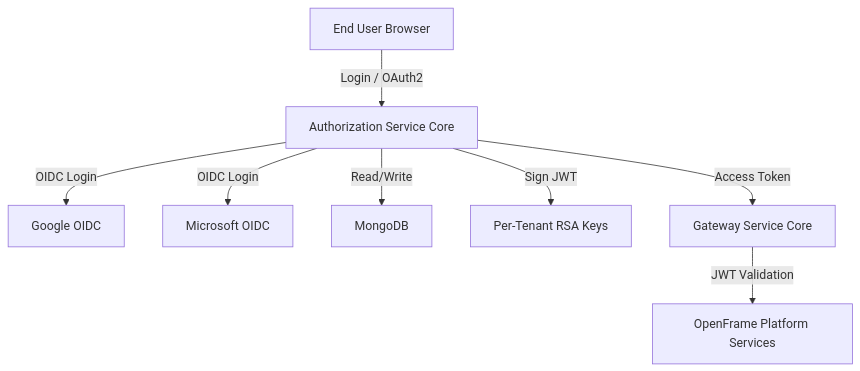
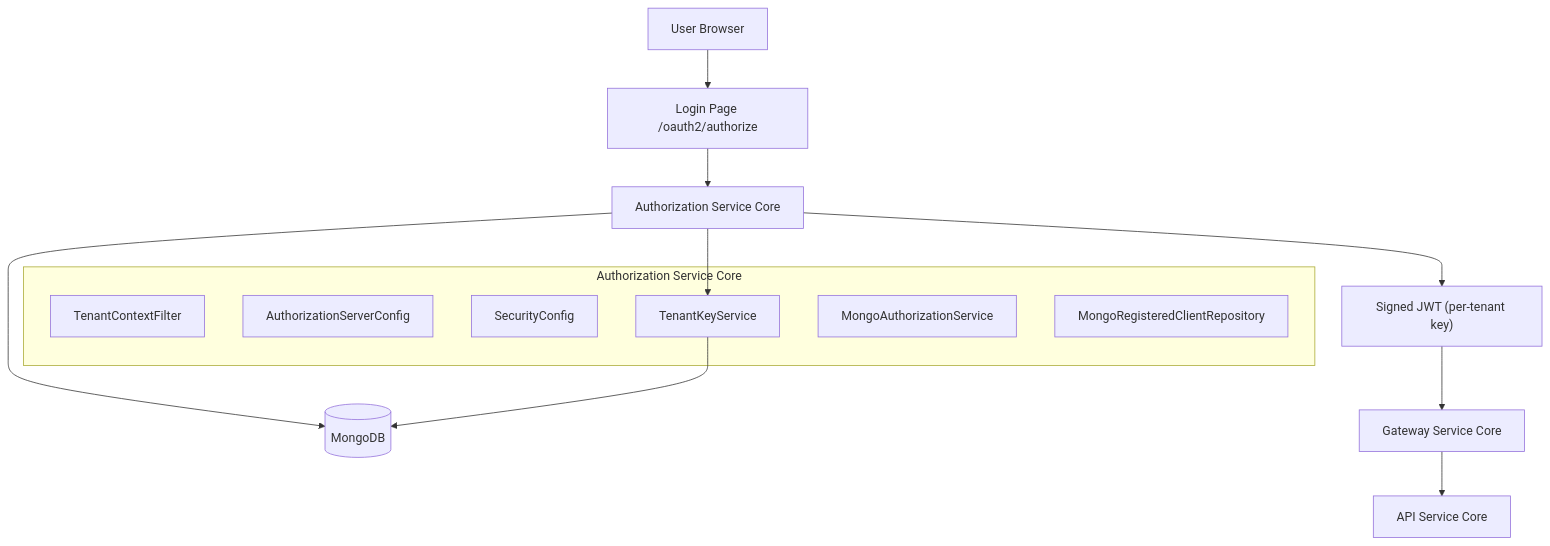
Before and after one commit to flamingo-stack/openframe-oss-lib: the diagram in docs/diagrams/architecture/authorization-service-core.mmd, drawn with Mermaid. The commit also changed 212 other files, not shown here.

```diff
--- a/docs/diagrams/architecture/authorization-service-core.mmd
+++ b/docs/diagrams/architecture/authorization-service-core.mmd
@@ -1,11 +1,20 @@
 flowchart TD
-    User["End User Browser"] -->|"Login / OAuth2"| AuthServer["Authorization Service Core"]
+    Browser["User Browser"] --> Login["Login Page /oauth2/authorize"]
+    Login --> AuthServer["Authorization Service Core"]
 
-    AuthServer -->|"OIDC Login"| Google["Google OIDC"]
-    AuthServer -->|"OIDC Login"| Microsoft["Microsoft OIDC"]
+    subgraph authz["Authorization Service Core"]
+        TenantFilter["TenantContextFilter"]
+        AuthzConfig["AuthorizationServerConfig"]
+        SecurityCfg["SecurityConfig"]
+        KeyService["TenantKeyService"]
+        MongoAuthSvc["MongoAuthorizationService"]
+        ClientRepo["MongoRegisteredClientRepository"]
+    end
 
-    AuthServer -->|"Read/Write"| Mongo["MongoDB"]
-    AuthServer -->|"Sign JWT"| TenantKeys["Per-Tenant RSA Keys"]
+    AuthServer --> Mongo[("MongoDB")]
+    AuthServer --> KeyService
+    KeyService --> Mongo
 
-    AuthServer -->|"Access Token"| Gateway["Gateway Service Core"]
-    Gateway -->|"JWT Validation"| Platform["OpenFrame Platform Services"]
+    AuthServer --> JWT["Signed JWT (per-tenant key)"]
+    JWT --> Gateway["Gateway Service Core"]
+    Gateway --> ApiSvc["API Service Core"]
```
